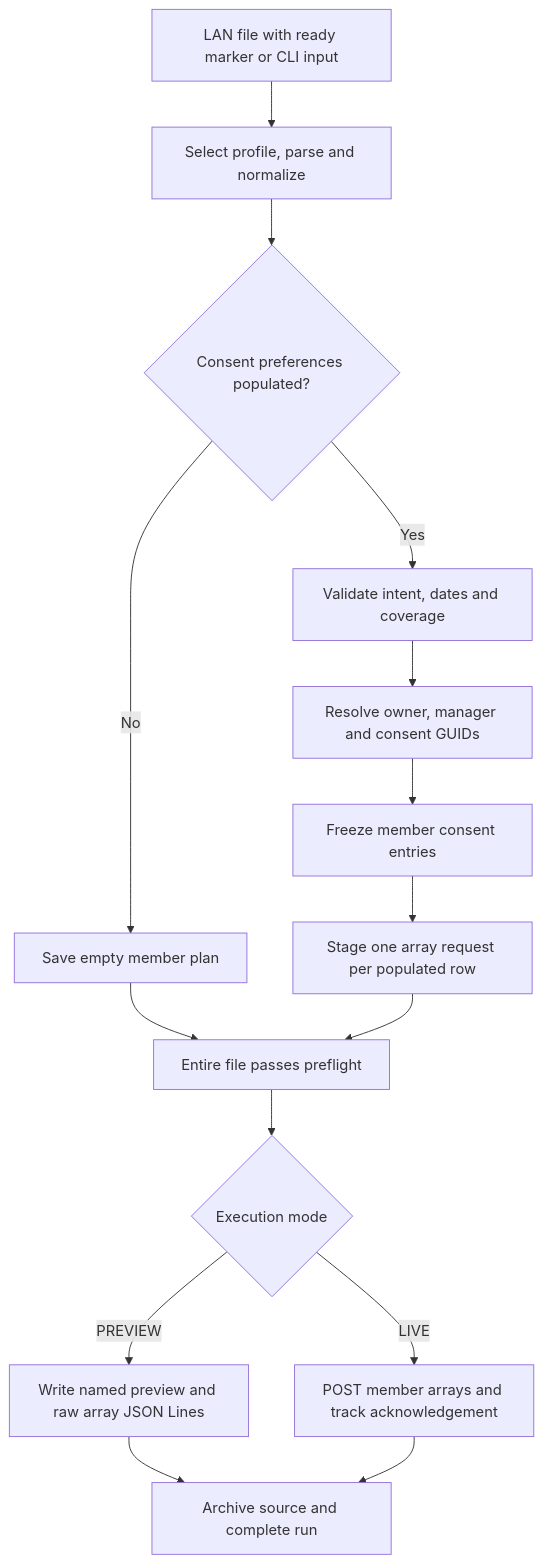
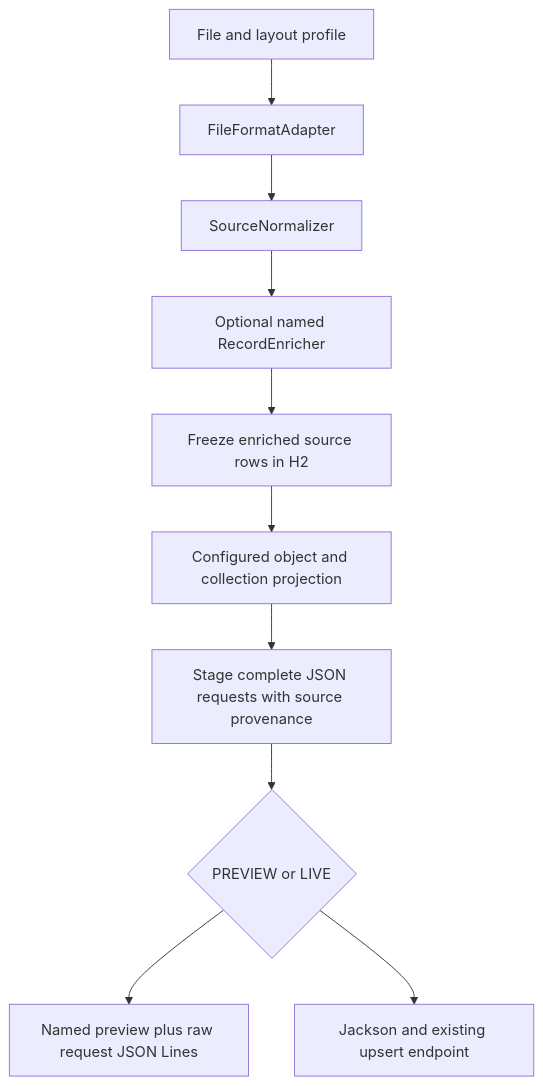
The diagram in docs/developer-walkthrough.md (jenbrick/fileadapter), drawn with Mermaid before and after one commit. The commit also changed other lines of this file and 34 other files, not shown here.

````diff
--- a/docs/developer-walkthrough.md
+++ b/docs/developer-walkthrough.md
@@ -37,17 +18,12 @@
 ```mermaid
 flowchart TD
-    Input["LAN file with ready marker or CLI input"] --> Parse["Select profile, parse and normalize"]
-    Parse --> Intent{"Consent preferences populated?"}
-    Intent -->|No| Empty["Save empty member plan"]
-    Intent -->|Yes| Validate["Validate intent, dates and coverage"]
-    Validate --> Resolve["Resolve owner, manager and consent GUIDs"]
-    Resolve --> Plan["Freeze member consent entries"]
-    Plan --> Stage["Stage one array request per populated row"]
-    Empty --> Ready["Entire file passes preflight"]
-    Stage --> Ready
-    Ready --> Mode{"Execution mode"}
-    Mode -->|PREVIEW| Preview["Write named preview and raw array JSON Lines"]
-    Mode -->|LIVE| Post["POST member arrays and track acknowledgement"]
-    Preview --> Archive["Archive source and complete run"]
-    Post --> Archive
+    Input["File and layout profile"] --> Adapter["FileFormatAdapter"]
+    Adapter --> Normalize["SourceNormalizer"]
+    Normalize --> Enrich["Optional named RecordEnricher"]
+    Enrich --> Saved["Freeze enriched source rows in H2"]
+    Saved --> Project["Configured object and collection projection"]
+    Project --> Stage["Stage complete JSON requests with source provenance"]
+    Stage --> Mode{"PREVIEW or LIVE"}
+    Mode --> Preview["Named preview plus raw request JSON Lines"]
+    Mode --> Post["Jackson and existing upsert endpoint"]
 ```
````
